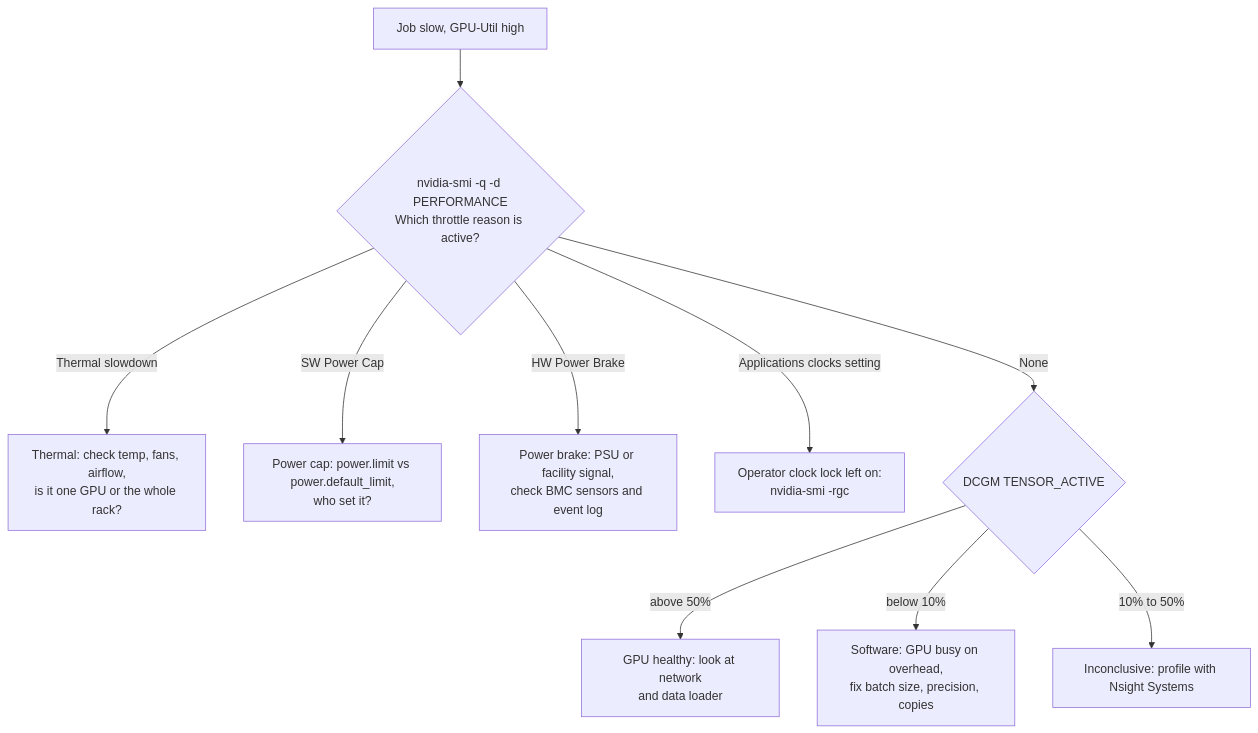
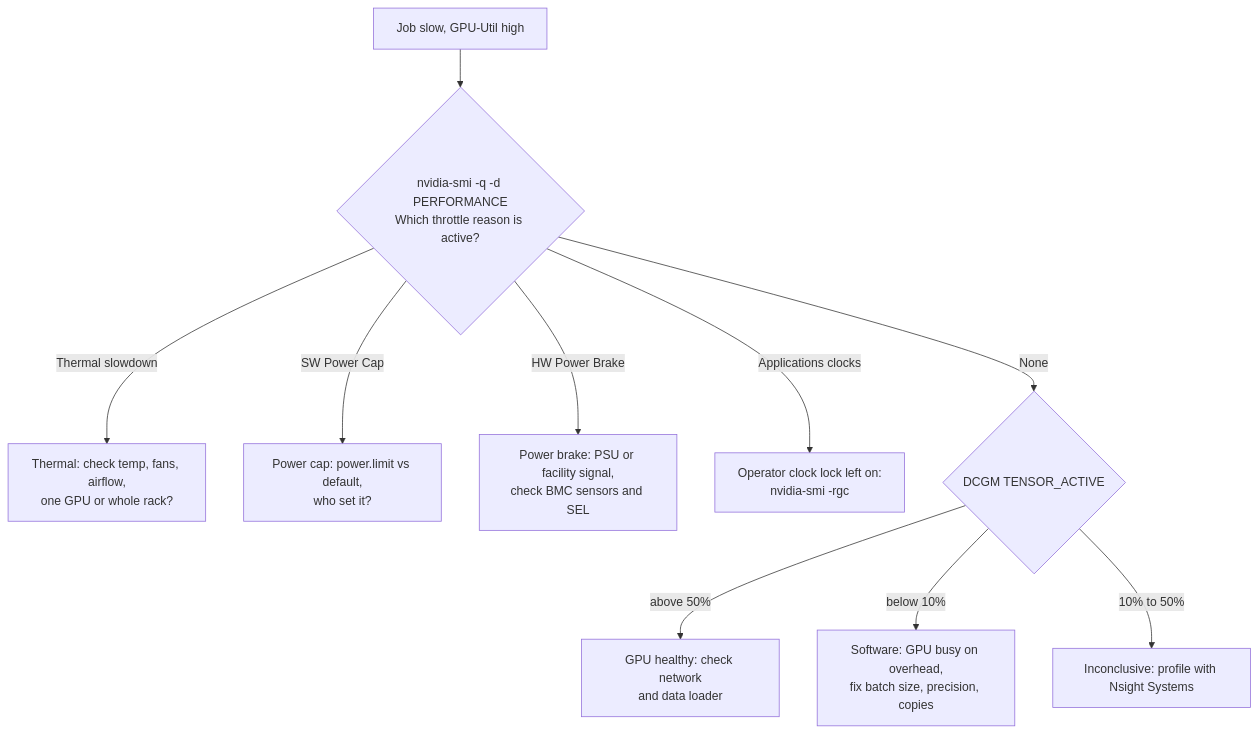
Before and after one commit to jithinpnjm/ai-infra-handbook: the fourth of 4 diagrams in docs/part-10-gpu-cuda/08-operating-gpu-nodes-nvidia-smi-topology-clocks-and-throttling.md, drawn with Mermaid. The commit also changed other lines of this file and 503 other files, not shown here.

````diff
--- a/docs/part-10-gpu-cuda/08-operating-gpu-nodes-nvidia-smi-topology-clocks-and-throttling.md
+++ b/docs/part-10-gpu-cuda/08-operating-gpu-nodes-nvidia-smi-topology-clocks-and-throttling.md
@@ -406,12 +365,12 @@
 ```mermaid
 flowchart TD
     Start["Job slow, GPU-Util high"] --> Reasons{"nvidia-smi -q -d PERFORMANCE<br/>Which throttle reason is active?"}
-    Reasons -->|"Thermal slowdown"| Thermal["Thermal: check temp, fans, airflow,<br/>is it one GPU or the whole rack?"]
-    Reasons -->|"SW Power Cap"| Cap["Power cap: power.limit vs power.default_limit,<br/>who set it?"]
-    Reasons -->|"HW Power Brake"| Brake["Power brake: PSU or facility signal,<br/>check BMC sensors and event log"]
-    Reasons -->|"Applications clocks setting"| Lock["Operator clock lock left on:<br/>nvidia-smi -rgc"]
+    Reasons -->|"Thermal slowdown"| Thermal["Thermal: check temp, fans, airflow,<br/>one GPU or whole rack?"]
+    Reasons -->|"SW Power Cap"| Cap["Power cap: power.limit vs default,<br/>who set it?"]
+    Reasons -->|"HW Power Brake"| Brake["Power brake: PSU or facility signal,<br/>check BMC sensors and SEL"]
+    Reasons -->|"Applications clocks"| Lock["Operator clock lock left on:<br/>nvidia-smi -rgc"]
     Reasons -->|"None"| Tensor{"DCGM TENSOR_ACTIVE"}
-    Tensor -->|"above 50%"| Healthy["GPU healthy: look at network<br/>and data loader"]
+    Tensor -->|"above 50%"| Healthy["GPU healthy: check network<br/>and data loader"]
     Tensor -->|"below 10%"| Soft["Software: GPU busy on overhead,<br/>fix batch size, precision, copies"]
     Tensor -->|"10% to 50%"| Unknown["Inconclusive: profile with Nsight Systems"]
 ```
````
